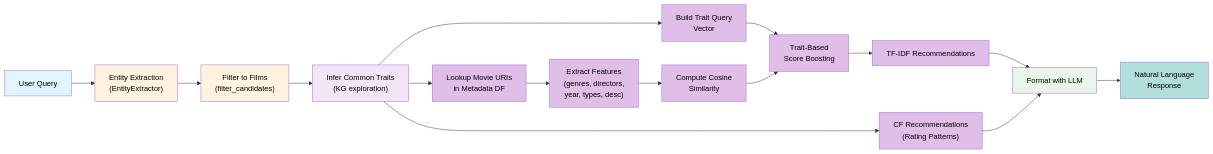
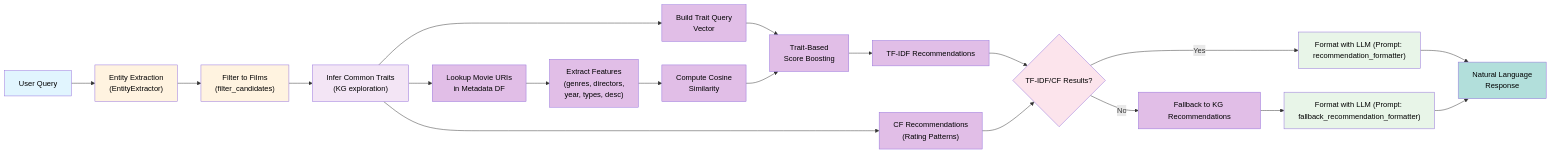
One commit to schneialexan/atai-chatbot changed the seventh of 9 diagrams in README.md. Above: the diagram before and after it, drawn with Mermaid. The commit also changed other lines of this file, not shown here.

````diff
--- a/README.md
+++ b/README.md
@@ -520,33 +528,40 @@
 ```mermaid
 flowchart LR
     A["User Query"] --> B1["Entity Extraction<br>(EntityExtractor)"]
     B1 --> B2["Filter to Films<br>(filter_candidates)"]
     B2 --> C["Infer Common Traits<br>(KG exploration)"]
     
     C --> D1["Lookup Movie URIs<br>in Metadata DF"]
     D1 --> D2["Extract Features<br>(genres, directors,<br>year, types, desc)"]
     D2 --> D3["Compute Cosine<br>Similarity"]
     C --> D4["Build Trait Query<br>Vector"]
     D4 --> D5["Trait-Based<br>Score Boosting"]
     D3 --> D5
     D5 --> D["TF-IDF Recommendations"]
     
     C --> E["CF Recommendations<br>(Rating Patterns)"]
-    D --> F["Format with LLM"]
-    E --> F
+    D --> H{"TF-IDF/CF Results?"}
+    E --> H
+    H -- Yes --> F["Format with LLM (Prompt: recommendation_formatter)"]
+    H -- No --> I["Fallback to KG Recommendations"]
+    I --> J["Format with LLM (Prompt: fallback_recommendation_formatter)"]
     F --> G["Natural Language<br>Response"]
+    J --> G
     
     style A fill:#e1f5fe,color:#000000
     style B1 fill:#fff3e0,color:#000000
     style B2 fill:#fff3e0,color:#000000
     style C fill:#f3e5f5,color:#000000
     style D1 fill:#e1bee7,color:#000000
     style D2 fill:#e1bee7,color:#000000
     style D3 fill:#e1bee7,color:#000000
     style D4 fill:#e1bee7,color:#000000
     style D5 fill:#e1bee7,color:#000000
     style D fill:#e1bee7,color:#000000
     style E fill:#e1bee7,color:#000000
+    style H fill:#fce4ec,color:#000000
+    style I fill:#e1bee7,color:#000000
+    style J fill:#e8f5e8,color:#000000
     style F fill:#e8f5e8,color:#000000
     style G fill:#b2dfdb,color:#000000
 ```
````
